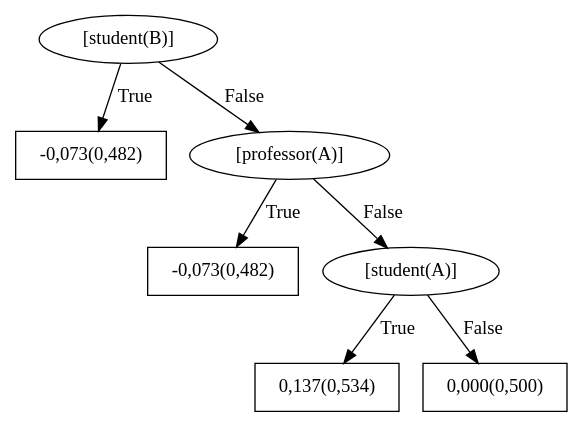
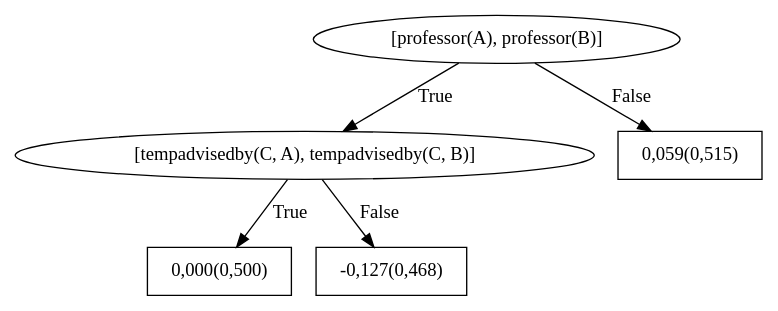
The diagram in boostsrl/train/models/bRDNs/dotFiles/WILLTreeFor_advisedby7.dot (MeLLL-UFF/groot), drawn with Graphviz before and after one commit. The commit also changed 67 other files, not shown here.

```diff
--- a/boostsrl/train/models/bRDNs/dotFiles/WILLTreeFor_advisedby7.dot
+++ b/boostsrl/train/models/bRDNs/dotFiles/WILLTreeFor_advisedby7.dot
@@ -1,15 +1,11 @@
 digraph G{ 
-1[label = "[student(B)]"];
+1[label = "[professor(A), professor(B)]"];
 1 -> 2[label="True"];
 1 -> 3[label="False"];
-2[shape = box,label = "-0,073(0,482)"];
-3[label = "[professor(A)]"];
-3 -> 4[label="True"];
-3 -> 5[label="False"];
-4[shape = box,label = "-0,073(0,482)"];
-5[label = "[student(A)]"];
-5 -> 6[label="True"];
-5 -> 7[label="False"];
-6[shape = box,label = "0,137(0,534)"];
-7[shape = box,label = "0,000(0,500)"];
+2[label = "[tempadvisedby(C, A), tempadvisedby(C, B)]"];
+2 -> 4[label="True"];
+2 -> 5[label="False"];
+4[shape = box,label = "0,000(0,500)"];
+5[shape = box,label = "-0,127(0,468)"];
+3[shape = box,label = "0,059(0,515)"];
 }
```
